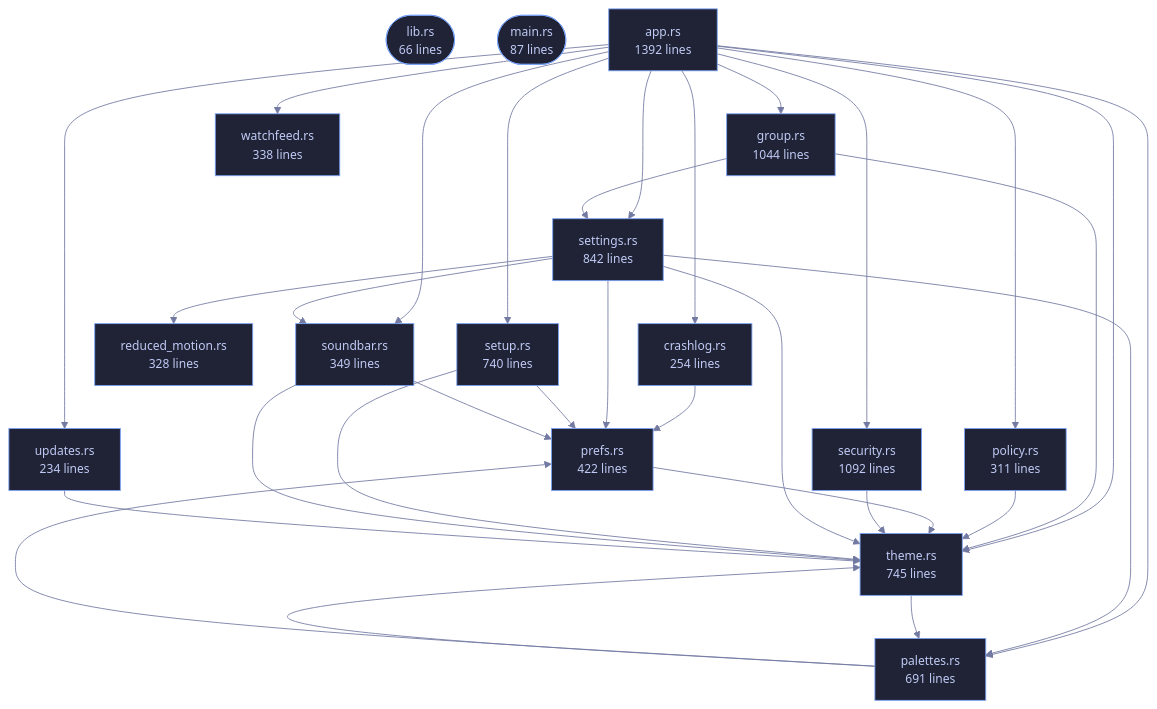
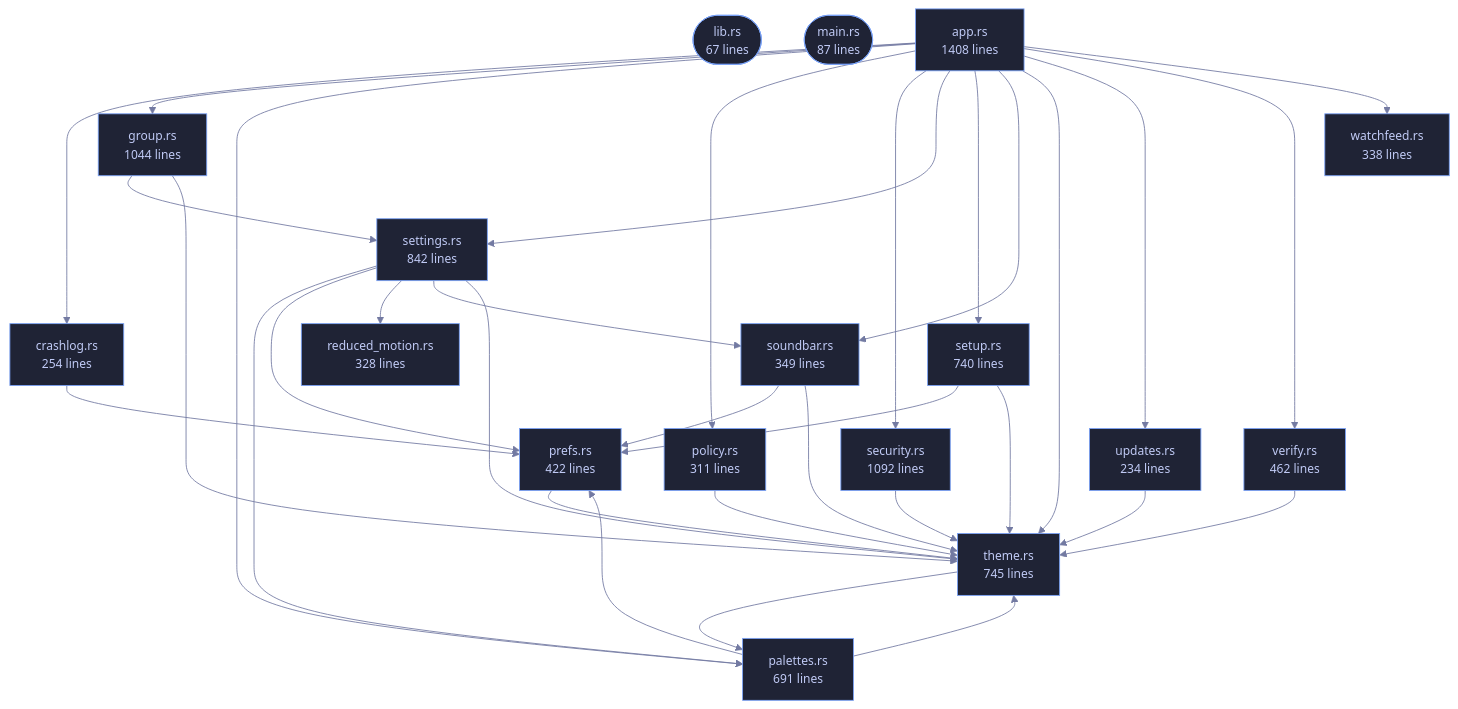
One commit to tilas01/veilvoice changed the diagram in wiki/Crate-veilvoice-gui.md. Above: the diagram before and after it, drawn with Mermaid. The commit also changed other lines of this file and 62 other files, not shown here.

````diff
--- a/wiki/Crate-veilvoice-gui.md
+++ b/wiki/Crate-veilvoice-gui.md
@@ -68,66 +68,70 @@
 ```mermaid
 %%{init: {"theme":"base","themeVariables":{"background":"#1a1b26","primaryColor":"#1f2335","primaryTextColor":"#c0caf5","primaryBorderColor":"#7aa2f7","secondaryColor":"#16161e","tertiaryColor":"#16161e","lineColor":"#737aa2","textColor":"#c0caf5","mainBkg":"#1f2335","nodeBorder":"#7aa2f7","clusterBkg":"#16161e","clusterBorder":"#2f3549","fontFamily":"ui-monospace, SFMono-Regular, Consolas, monospace","fontSize":"14px"}}}%%
 flowchart TD
-    n_lib(["lib.rs<br/>66 lines"])
+    n_lib(["lib.rs<br/>67 lines"])
     n_main(["main.rs<br/>87 lines"])
-    n_app["app.rs<br/>1392 lines"]
+    n_app["app.rs<br/>1408 lines"]
     n_crashlog["crashlog.rs<br/>254 lines"]
     n_group["group.rs<br/>1044 lines"]
     n_palettes["palettes.rs<br/>691 lines"]
     n_policy["policy.rs<br/>311 lines"]
     n_prefs["prefs.rs<br/>422 lines"]
     n_reduced_motion["reduced_motion.rs<br/>328 lines"]
     n_security["security.rs<br/>1092 lines"]
     n_settings["settings.rs<br/>842 lines"]
     n_setup["setup.rs<br/>740 lines"]
     n_soundbar["soundbar.rs<br/>349 lines"]
     n_theme["theme.rs<br/>745 lines"]
     n_updates["updates.rs<br/>234 lines"]
+    n_verify["verify.rs<br/>462 lines"]
     n_watchfeed["watchfeed.rs<br/>338 lines"]
     n_app --> n_crashlog
     n_app --> n_group
     n_app --> n_palettes
     n_app --> n_policy
     n_app --> n_security
     n_app --> n_settings
     n_app --> n_setup
     n_app --> n_soundbar
     n_app --> n_theme
     n_app --> n_updates
+    n_app --> n_verify
     n_app --> n_watchfeed
     n_crashlog --> n_prefs
     n_group --> n_settings
     n_group --> n_theme
     n_palettes --> n_prefs
     n_palettes --> n_theme
     n_policy --> n_theme
     n_prefs --> n_theme
     n_security --> n_theme
     n_settings --> n_palettes
     n_settings --> n_prefs
     n_settings --> n_reduced_motion
     n_settings --> n_soundbar
     n_settings --> n_theme
     n_setup --> n_prefs
     n_setup --> n_theme
     n_soundbar --> n_prefs
     n_soundbar --> n_theme
     n_theme --> n_palettes
     n_updates --> n_theme
+    n_verify --> n_theme
     click n_lib href "https://github.com/tilas01/veilvoice/blob/main/crates/veilvoice-gui/src/lib.rs" "open the source"
     click n_main href "https://github.com/tilas01/veilvoice/blob/main/crates/veilvoice-gui/src/main.rs" "open the source"
     click n_app href "https://github.com/tilas01/veilvoice/blob/main/crates/veilvoice-gui/src/app.rs" "open the source"
     click n_crashlog href "https://github.com/tilas01/veilvoice/blob/main/crates/veilvoice-gui/src/crashlog.rs" "open the source"
     click n_group href "https://github.com/tilas01/veilvoice/blob/main/crates/veilvoice-gui/src/group.rs" "open the source"
     click n_palettes href "https://github.com/tilas01/veilvoice/blob/main/crates/veilvoice-gui/src/palettes.rs" "open the source"
     click n_policy href "https://github.com/tilas01/veilvoice/blob/main/crates/veilvoice-gui/src/policy.rs" "open the source"
     click n_prefs href "https://github.com/tilas01/veilvoice/blob/main/crates/veilvoice-gui/src/prefs.rs" "open the source"
     click n_reduced_motion href "https://github.com/tilas01/veilvoice/blob/main/crates/veilvoice-gui/src/reduced_motion.rs" "open the source"
     click n_security href "https://github.com/tilas01/veilvoice/blob/main/crates/veilvoice-gui/src/security.rs" "open the source"
     click n_settings href "https://github.com/tilas01/veilvoice/blob/main/crates/veilvoice-gui/src/settings.rs" "open the source"
     click n_setup href "https://github.com/tilas01/veilvoice/blob/main/crates/veilvoice-gui/src/setup.rs" "open the source"
     click n_soundbar href "https://github.com/tilas01/veilvoice/blob/main/crates/veilvoice-gui/src/soundbar.rs" "open the source"
     click n_theme href "https://github.com/tilas01/veilvoice/blob/main/crates/veilvoice-gui/src/theme.rs" "open the source"
     click n_updates href "https://github.com/tilas01/veilvoice/blob/main/crates/veilvoice-gui/src/updates.rs" "open the source"
+    click n_verify href "https://github.com/tilas01/veilvoice/blob/main/crates/veilvoice-gui/src/verify.rs" "open the source"
     click n_watchfeed href "https://github.com/tilas01/veilvoice/blob/main/crates/veilvoice-gui/src/watchfeed.rs" "open the source"
 ```
````
